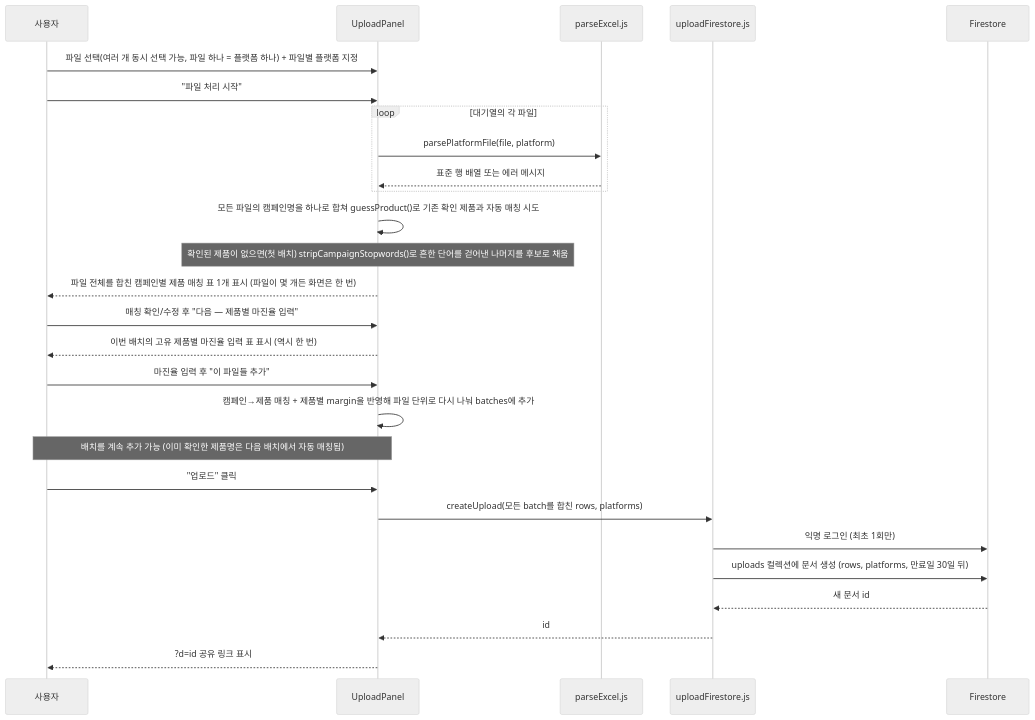
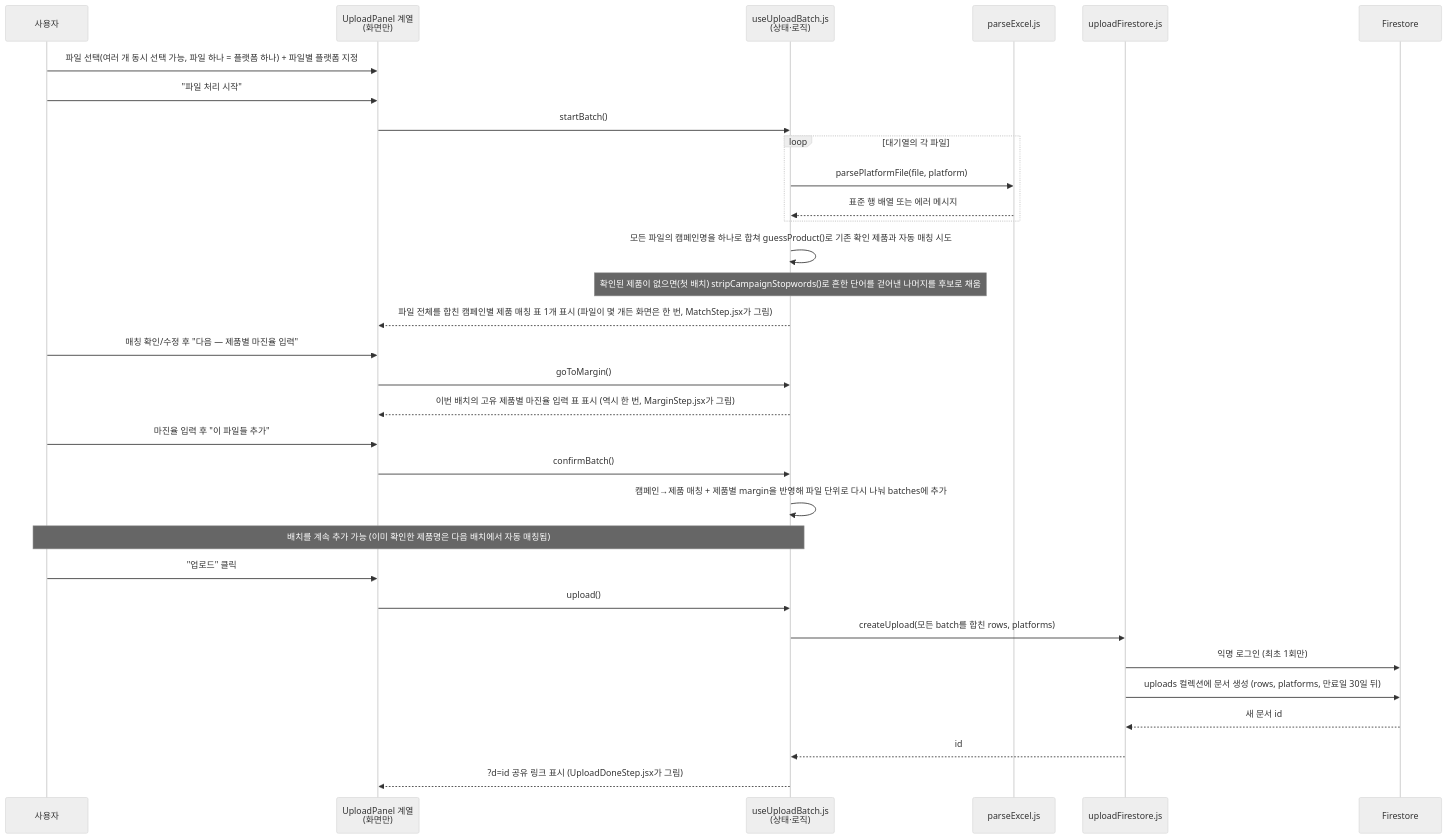
Before and after one commit to hhgkosmo0607-lgtm/lumiere_campaign: the third of 4 diagrams in 사양서.md, drawn with Mermaid (neutral theme). The commit also changed other lines of this file and 11 other files, not shown here.

````diff
--- a/사양서.md
+++ b/사양서.md
@@ -143,30 +150,35 @@
 ```mermaid
 sequenceDiagram
     participant U as 사용자
-    participant UP as UploadPanel
+    participant UP as UploadPanel 계열<br/>(화면만)
+    participant UB as useUploadBatch.js<br/>(상태·로직)
     participant PE as parseExcel.js
     participant UF as uploadFirestore.js
     participant FS as Firestore
 
     U->>UP: 파일 선택(여러 개 동시 선택 가능, 파일 하나 = 플랫폼 하나) + 파일별 플랫폼 지정
     U->>UP: "파일 처리 시작"
+    UP->>UB: startBatch()
     loop 대기열의 각 파일
-        UP->>PE: parsePlatformFile(file, platform)
-        PE-->>UP: 표준 행 배열 또는 에러 메시지
+        UB->>PE: parsePlatformFile(file, platform)
+        PE-->>UB: 표준 행 배열 또는 에러 메시지
     end
-    UP->>UP: 모든 파일의 캠페인명을 하나로 합쳐 guessProduct()로 기존 확인 제품과 자동 매칭 시도
-    Note over UP: 확인된 제품이 없으면(첫 배치) stripCampaignStopwords()로 흔한 단어를 걷어낸 나머지를 후보로 채움
-    UP-->>U: 파일 전체를 합친 캠페인별 제품 매칭 표 1개 표시 (파일이 몇 개든 화면은 한 번)
+    UB->>UB: 모든 파일의 캠페인명을 하나로 합쳐 guessProduct()로 기존 확인 제품과 자동 매칭 시도
+    Note over UB: 확인된 제품이 없으면(첫 배치) stripCampaignStopwords()로 흔한 단어를 걷어낸 나머지를 후보로 채움
+    UB-->>UP: 파일 전체를 합친 캠페인별 제품 매칭 표 1개 표시 (파일이 몇 개든 화면은 한 번, MatchStep.jsx가 그림)
     U->>UP: 매칭 확인/수정 후 "다음 — 제품별 마진율 입력"
-    UP-->>U: 이번 배치의 고유 제품별 마진율 입력 표 표시 (역시 한 번)
+    UP->>UB: goToMargin()
+    UB-->>UP: 이번 배치의 고유 제품별 마진율 입력 표 표시 (역시 한 번, MarginStep.jsx가 그림)
     U->>UP: 마진율 입력 후 "이 파일들 추가"
-    UP->>UP: 캠페인→제품 매칭 + 제품별 margin을 반영해 파일 단위로 다시 나눠 batches에 추가
-    Note over U,UP: 배치를 계속 추가 가능 (이미 확인한 제품명은 다음 배치에서 자동 매칭됨)
+    UP->>UB: confirmBatch()
+    UB->>UB: 캠페인→제품 매칭 + 제품별 margin을 반영해 파일 단위로 다시 나눠 batches에 추가
+    Note over U,UB: 배치를 계속 추가 가능 (이미 확인한 제품명은 다음 배치에서 자동 매칭됨)
     U->>UP: "업로드" 클릭
-    UP->>UF: createUpload(모든 batch를 합친 rows, platforms)
+    UP->>UB: upload()
+    UB->>UF: createUpload(모든 batch를 합친 rows, platforms)
     UF->>FS: 익명 로그인 (최초 1회만)
     UF->>FS: uploads 컬렉션에 문서 생성 (rows, platforms, 만료일 30일 뒤)
     FS-->>UF: 새 문서 id
-    UF-->>UP: id
-    UP-->>U: ?d=id 공유 링크 표시
+    UF-->>UB: id
+    UB-->>UP: ?d=id 공유 링크 표시 (UploadDoneStep.jsx가 그림)
 ```
````
